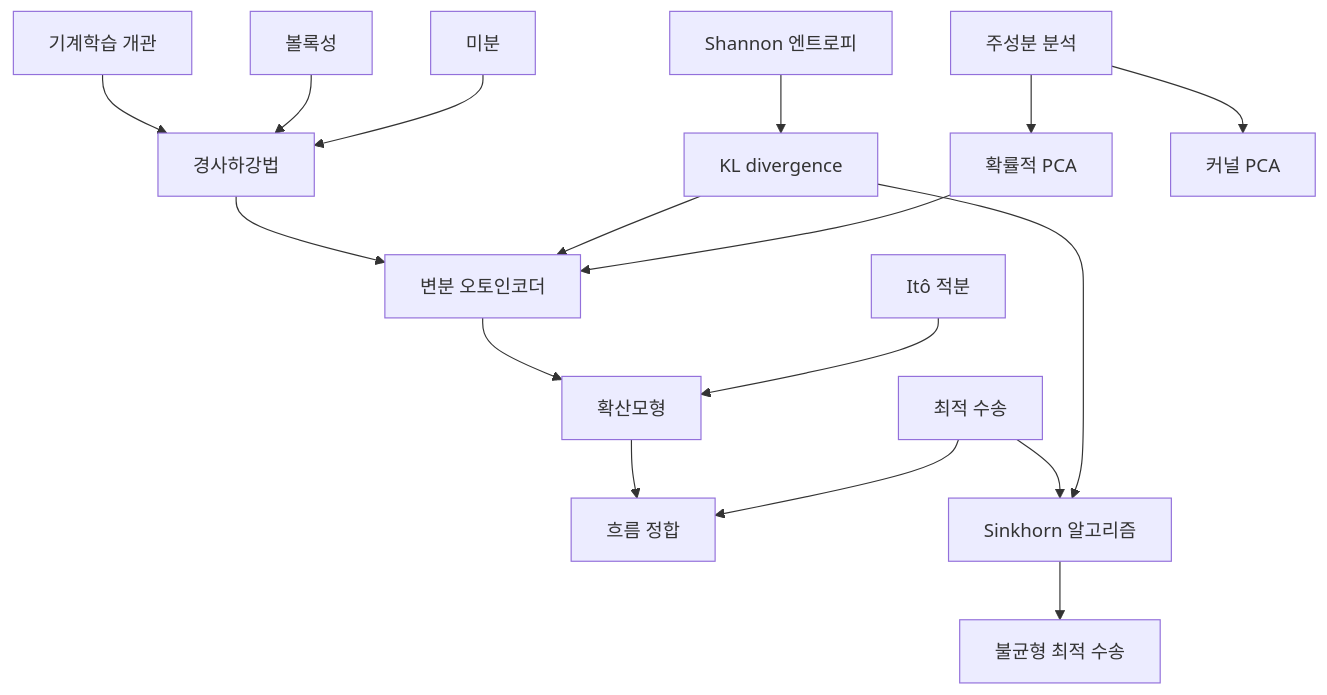
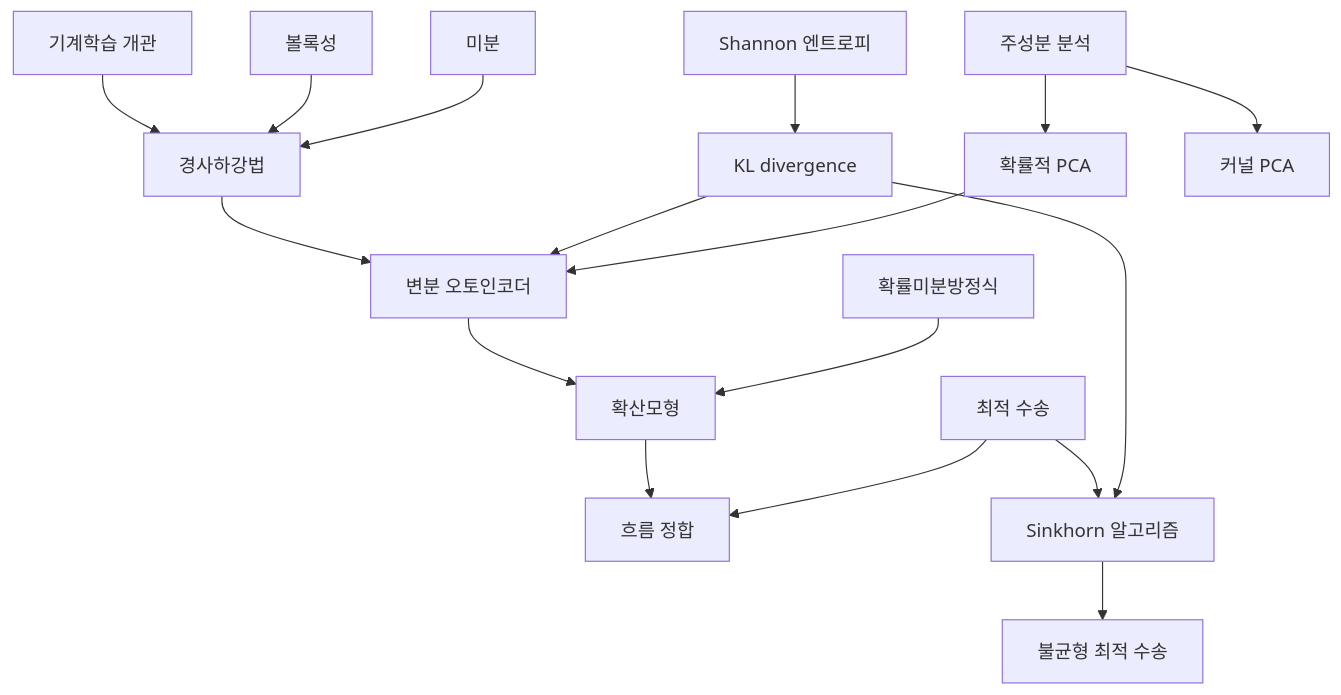
Before and after one commit to Phryxia/math-map: the diagram in docs/machine-learning-overview.md, drawn with Mermaid. The commit also changed 7 other files, not shown here.

````diff
--- a/docs/machine-learning-overview.md
+++ b/docs/machine-learning-overview.md
@@ -15,19 +15,19 @@
 ```mermaid
 graph TD
   MLO["기계학습 개관"] --> GD["경사하강법"]
   CVX["볼록성"] --> GD
   DER["미분"] --> GD
   GD --> VAE["변분 오토인코더"]
   ENT["Shannon 엔트로피"] --> KL["KL divergence"]
   KL --> VAE
   PCA["주성분 분석"] --> PPCA["확률적 PCA"]
   PCA --> KPCA["커널 PCA"]
   PPCA --> VAE
   VAE --> DM["확산모형"]
-  ITO["Itô 적분"] --> DM
+  SDE["확률미분방정식"] --> DM
   DM --> FM["흐름 정합"]
   OT["최적 수송"] --> FM
   OT --> SINK["Sinkhorn 알고리즘"]
   KL --> SINK
   SINK --> UOT["불균형 최적 수송"]
 ```
````
